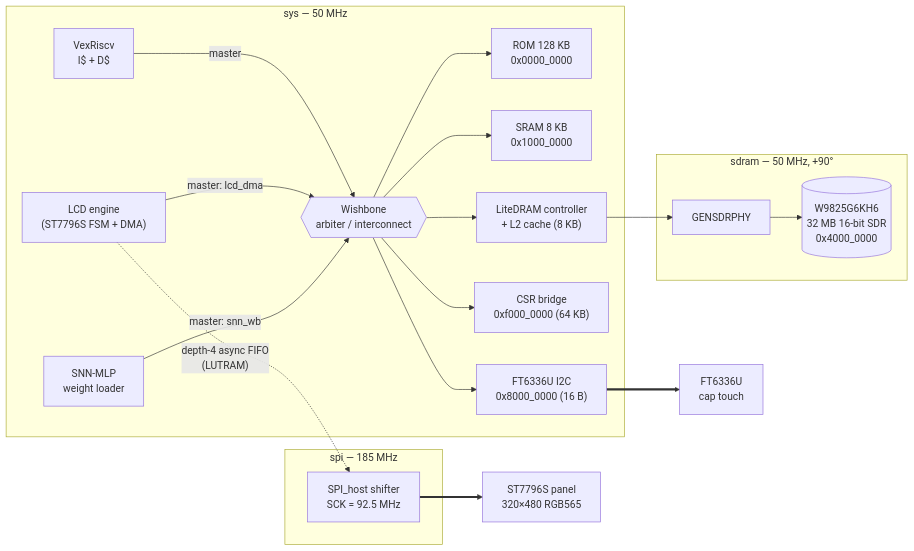
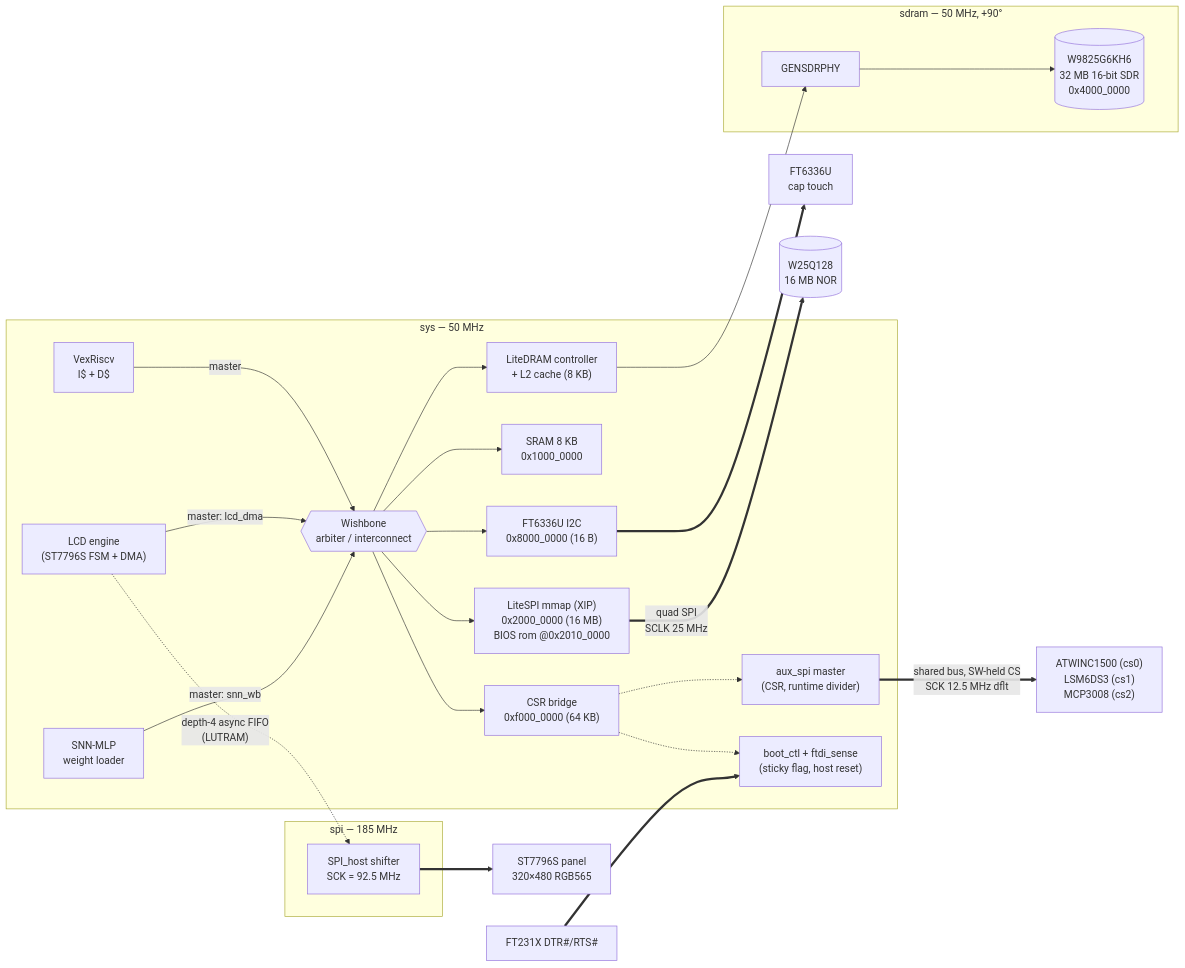
The first of 7 diagrams in docs/soc_layout.md (oliver408i/litex-robotics), drawn with Mermaid before and after one commit. The commit also changed other lines of this file and 3 other files, not shown here.

````diff
--- a/docs/soc_layout.md
+++ b/docs/soc_layout.md
@@ -21,40 +22,49 @@
 ```mermaid
 flowchart LR
     subgraph sys["sys — 50 MHz"]
         cpu["VexRiscv<br/>I$ + D$"]
         lcd["LCD engine<br/>(ST7796S FSM + DMA)"]
         snn["SNN-MLP<br/>weight loader"]
 
         arb{{"Wishbone<br/>arbiter / interconnect"}}
 
-        rom["ROM 128 KB<br/>0x0000_0000"]
+        flash["LiteSPI mmap (XIP)<br/>0x2000_0000 (16 MB)<br/>BIOS rom @0x2010_0000"]
         sram["SRAM 8 KB<br/>0x1000_0000"]
         ctpi2c["FT6336U I2C<br/>0x8000_0000 (16 B)"]
         csrbr["CSR bridge<br/>0xf000_0000 (64 KB)"]
         dramctl["LiteDRAM controller<br/>+ L2 cache (8 KB)"]
 
+        auxspi["aux_spi master<br/>(CSR, runtime divider)"]
+        bootctl["boot_ctl + ftdi_sense<br/>(sticky flag, host reset)"]
+
         cpu  -- master --> arb
         lcd  -- "master: lcd_dma" --> arb
         snn  -- "master: snn_wb" --> arb
 
-        arb --> rom
+        arb --> flash
         arb --> sram
         arb --> ctpi2c
         arb --> csrbr
         arb --> dramctl
+
+        csrbr -.-> auxspi
+        csrbr -.-> bootctl
     end
 
     subgraph sdramcd["sdram — 50 MHz, +90°"]
         phy["GENSDRPHY"]
         ddr[("W9825G6KH6<br/>32 MB 16-bit SDR<br/>0x4000_0000")]
     end
 
     subgraph spicd["spi — 185 MHz"]
         spihost["SPI_host shifter<br/>SCK = 92.5 MHz"]
     end
 
     dramctl --> phy --> ddr
     lcd -. "depth-4 async FIFO<br/>(LUTRAM)" .-> spihost
     spihost ==> panel["ST7796S panel<br/>320×480 RGB565"]
     ctpi2c ==> touch["FT6336U<br/>cap touch"]
+    flash ==>|"quad SPI<br/>SCLK 25 MHz"| w25q[("W25Q128<br/>16 MB NOR")]
+    auxspi ==>|"shared bus, SW-held CS<br/>SCK 12.5 MHz dflt"| winc["ATWINC1500 (cs0)<br/>LSM6DS3 (cs1)<br/>MCP3008 (cs2)"]
+    ftdi["FT231X DTR#/RTS#"] ==> bootctl
 ```
````
